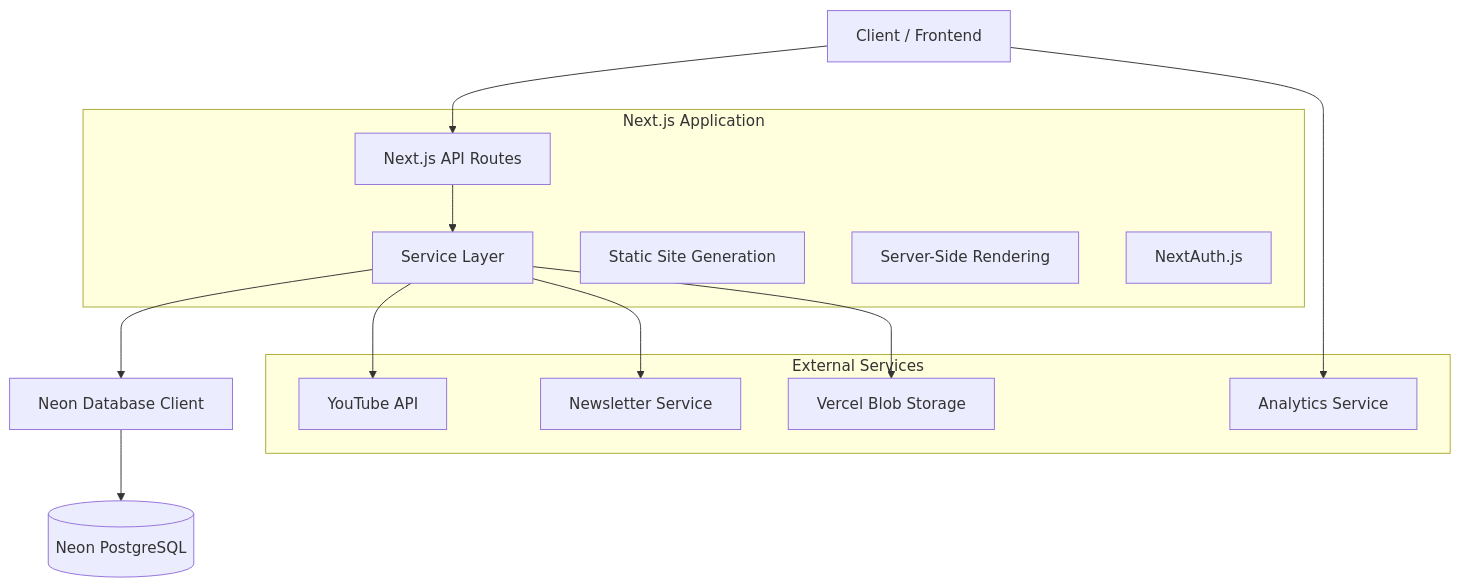
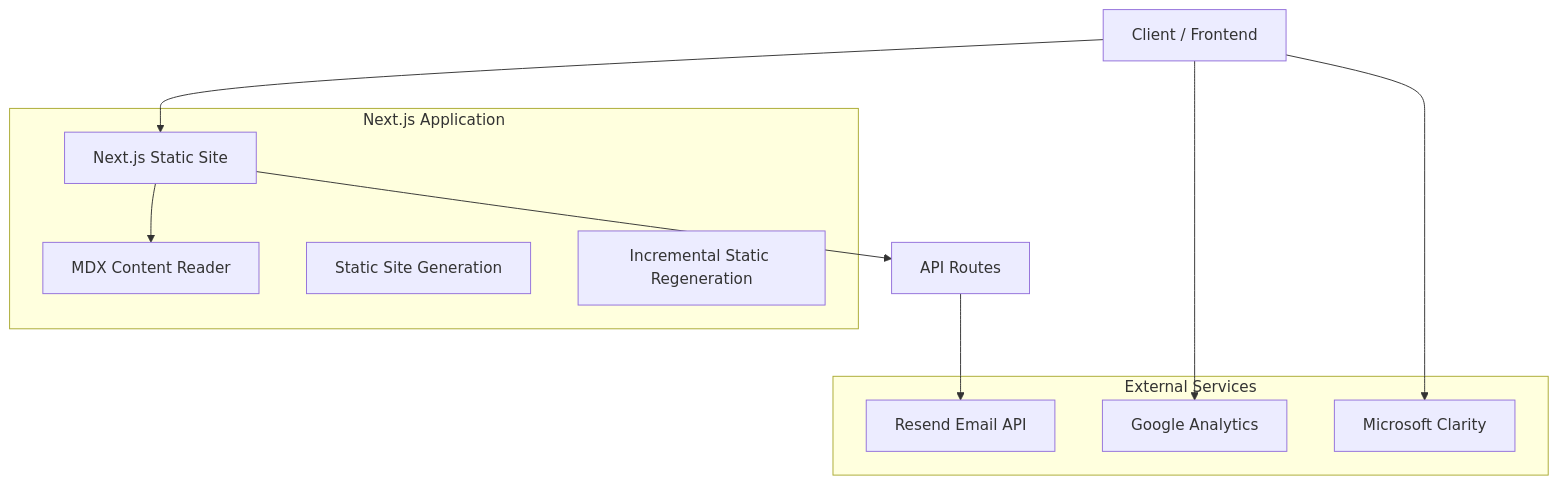
The second of 2 diagrams in A-ram_Tutorials_Technical_Architecture.md (aramb-dev/aram-tutorials), drawn with Mermaid before and after one commit. The commit also changed other lines of this file and 1 other file, not shown here.

First line of the commit message:
docs: update architecture and add environment variables template

````diff
--- a/A-ram_Tutorials_Technical_Architecture.md
+++ b/A-ram_Tutorials_Technical_Architecture.md
@@ -143,27 +132,23 @@
 ```mermaid
 graph TD
-    A[Client / Frontend] --> B[Next.js API Routes]
-    B --> C[Service Layer]
-    C --> D[Neon Database Client]
-    D --> E[(Neon PostgreSQL)]
+    A[Client / Frontend] --> B[Next.js Static Site]
+    B --> C[MDX Content Reader]
+    B --> D[API Routes]
 
     subgraph "Next.js Application"
         B
         C
         F[Static Site Generation]
-        G[Server-Side Rendering]
-        H[NextAuth.js]
+        G[Incremental Static Regeneration]
     end
 
     subgraph "External Services"
-        I[YouTube API]
-        J[Newsletter Service]
-        K[Analytics Service]
-        L[Vercel Blob Storage]
+        I[Resend Email API]
+        J[Google Analytics]
+        K[Microsoft Clarity]
     end
 
-    C --> I
-    C --> J
-    C --> L
+    D --> I
+    A --> J
     A --> K
 ```
````
